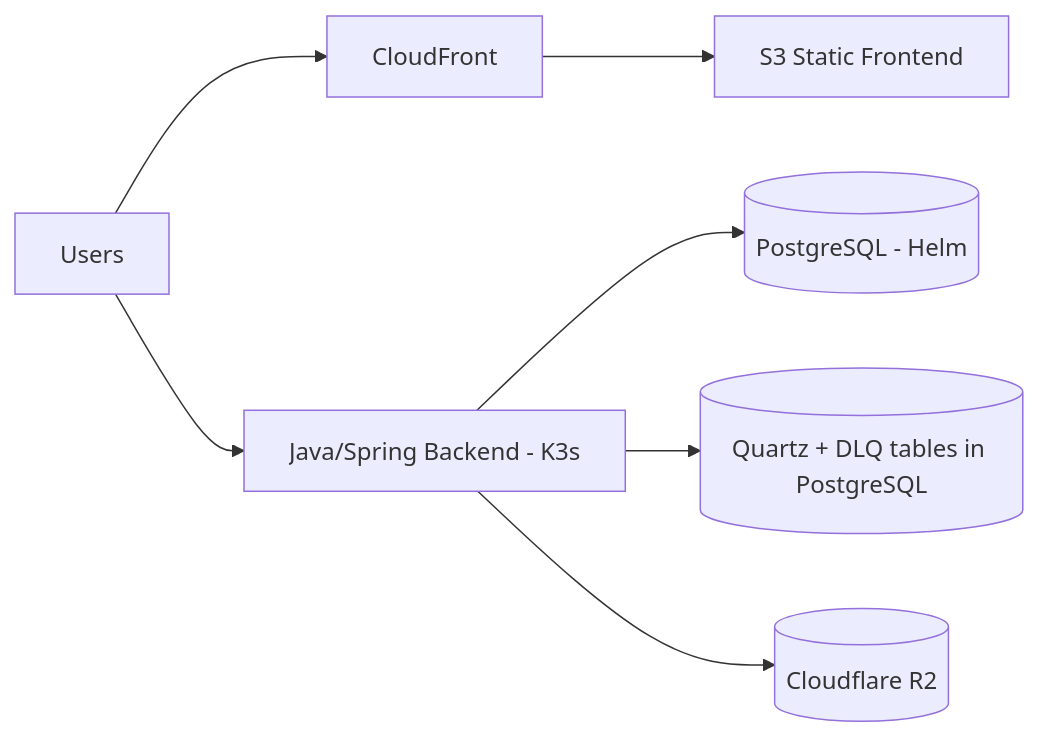
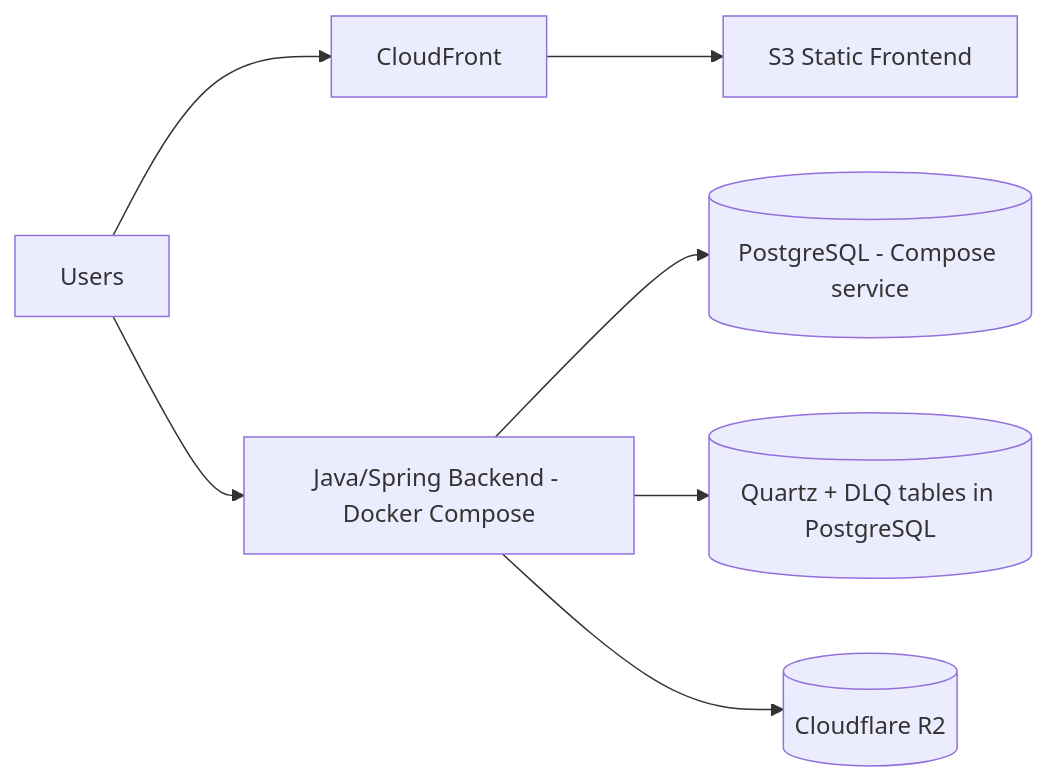
Before and after one commit to csim-sg/yacc: the diagram in .docs/architecture/001-technology-architecture.md, drawn with Mermaid. The commit also changed other lines of this file and 8 other files, not shown here.

````diff
--- a/.docs/architecture/001-technology-architecture.md
+++ b/.docs/architecture/001-technology-architecture.md
@@ -46,9 +47,9 @@
 ```mermaid
 flowchart LR
   U[Users] --> CF[CloudFront]
   CF --> S3[S3 Static Frontend]
-  U --> API[Java/Spring Backend - K3s]
-  API --> PG[(PostgreSQL - Helm)]
+  U --> API[Java/Spring Backend - Docker Compose]
+  API --> PG[(PostgreSQL - Compose service)]
   API --> Q[(Quartz + DLQ tables in PostgreSQL)]
   API --> R2[(Cloudflare R2)]
 ```
````
